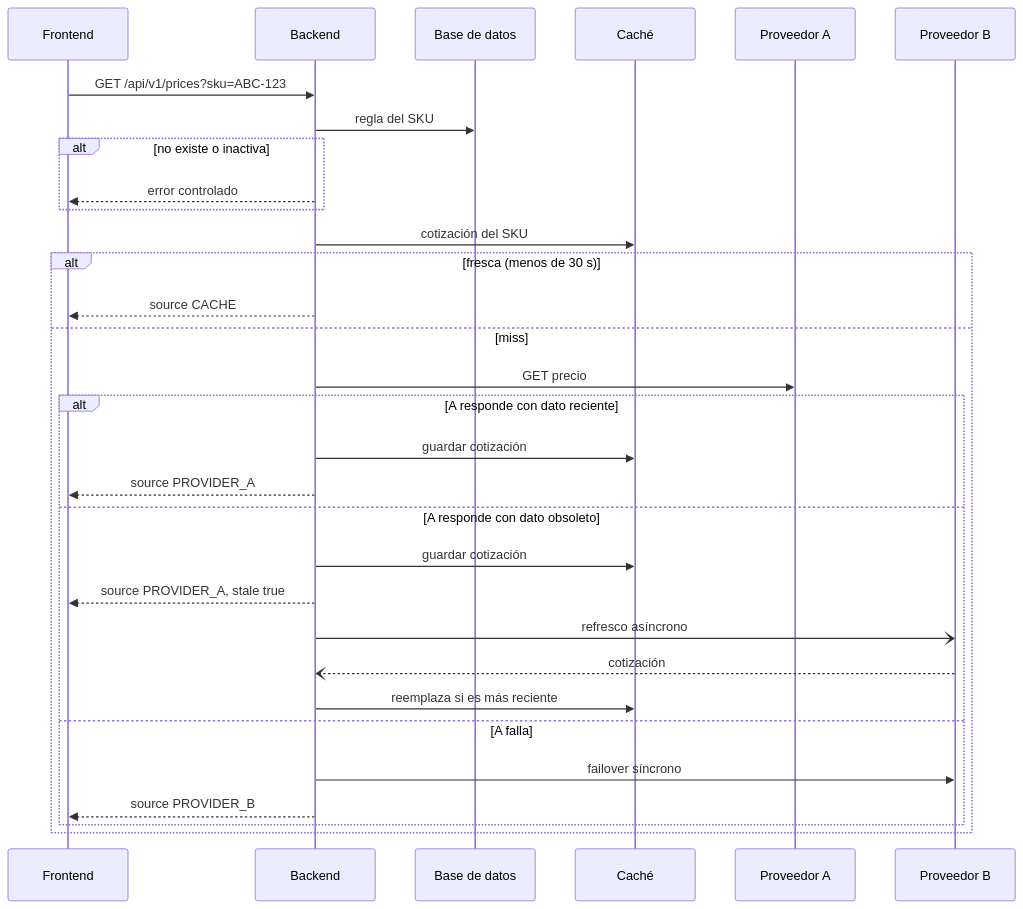
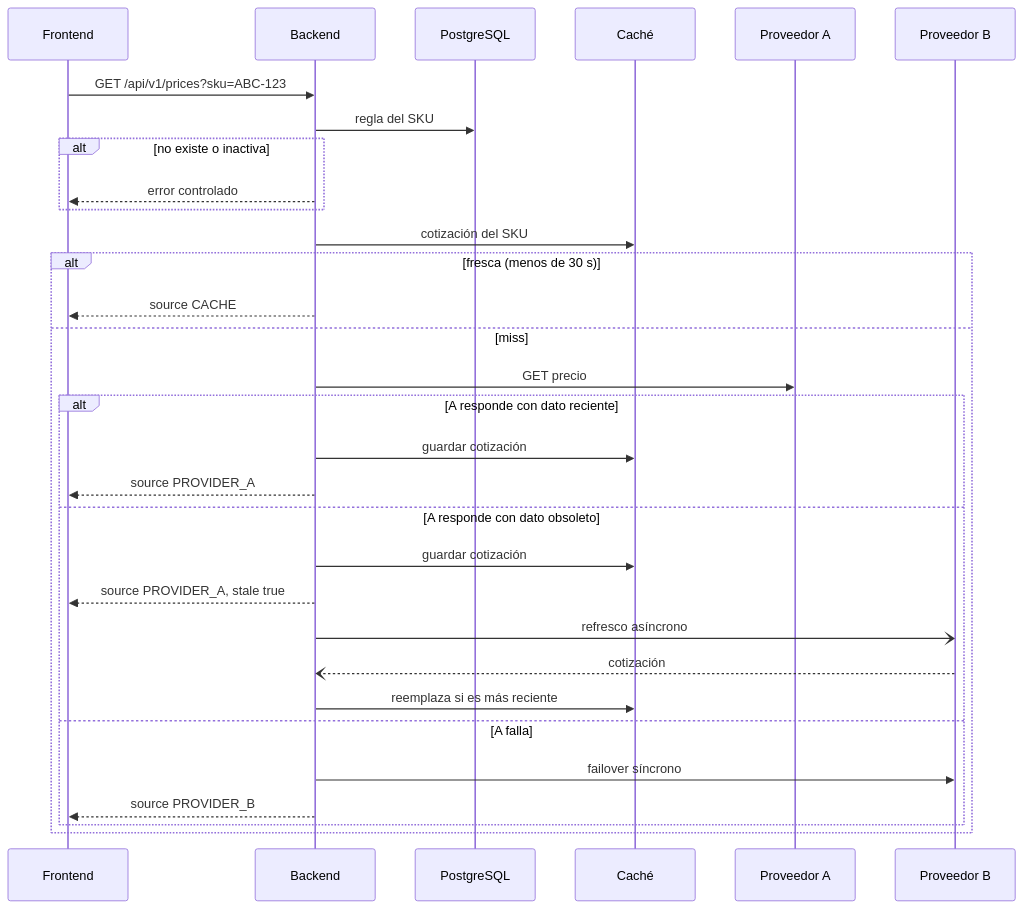
Before and after one commit to rgonz9921/price-consolidation-app: the second of 2 diagrams in README.md, drawn with Mermaid. The commit also changed other lines of this file and 1 other file, not shown here.

````diff
--- a/README.md
+++ b/README.md
@@ -25,34 +53,34 @@
 ```mermaid
 sequenceDiagram
     participant UI as Frontend
     participant API as Backend
-    participant DB as Base de datos
+    participant DB as PostgreSQL
     participant C as Caché
     participant A as Proveedor A
     participant B as Proveedor B
 
     UI->>API: GET /api/v1/prices?sku=ABC-123
     API->>DB: regla del SKU
     alt no existe o inactiva
         API-->>UI: error controlado
     end
     API->>C: cotización del SKU
     alt fresca (menos de 30 s)
         API-->>UI: source CACHE
     else miss
         API->>A: GET precio
         alt A responde con dato reciente
             API->>C: guardar cotización
             API-->>UI: source PROVIDER_A
         else A responde con dato obsoleto
             API->>C: guardar cotización
             API-->>UI: source PROVIDER_A, stale true
             API-)B: refresco asíncrono
             B--)API: cotización
             API->>C: reemplaza si es más reciente
         else A falla
             API->>B: failover síncrono
             API-->>UI: source PROVIDER_B
         end
     end
 ```
````
